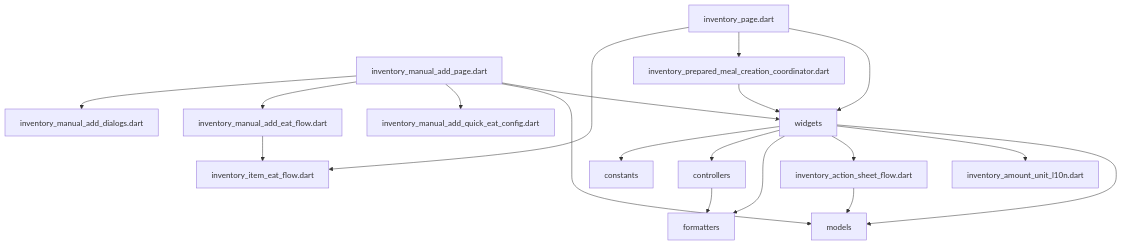
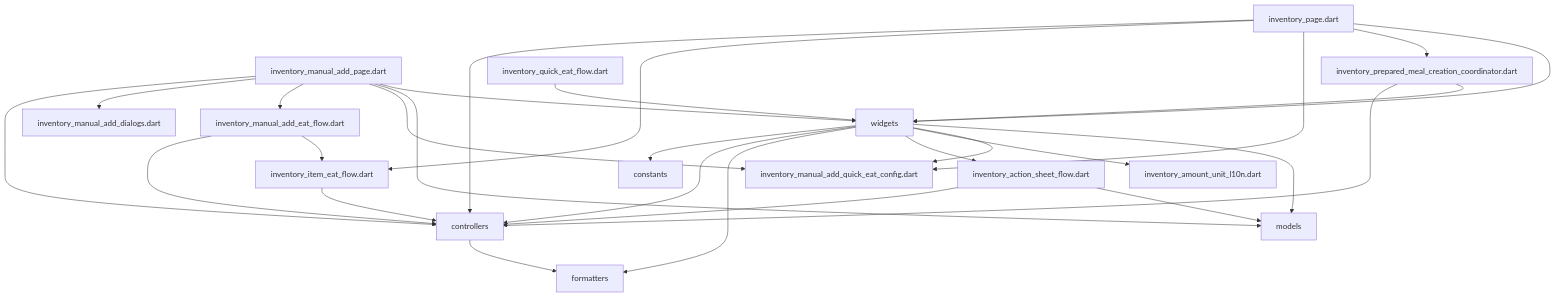
Before and after one commit to repinw/yamt: the diagram in lib/features/inventory/presentation/DEPS.md, drawn with Mermaid. The commit also changed 275 other files, not shown here.

Commit message:
ref(inventory): architecture fixed

````diff
--- a/lib/features/inventory/presentation/DEPS.md
+++ b/lib/features/inventory/presentation/DEPS.md
@@ -6,21 +6,30 @@
 ```mermaid
 flowchart TD;
 controllers-->formatters;
+inventory_action_sheet_flow.dart-->controllers;
 inventory_action_sheet_flow.dart-->models;
+inventory_item_eat_flow.dart-->controllers;
+inventory_manual_add_eat_flow.dart-->controllers;
 inventory_manual_add_eat_flow.dart-->inventory_item_eat_flow.dart;
+inventory_manual_add_page.dart-->controllers;
 inventory_manual_add_page.dart-->inventory_manual_add_dialogs.dart;
 inventory_manual_add_page.dart-->inventory_manual_add_eat_flow.dart;
 inventory_manual_add_page.dart-->inventory_manual_add_quick_eat_config.dart;
 inventory_manual_add_page.dart-->models;
 inventory_manual_add_page.dart-->widgets;
+inventory_page.dart-->controllers;
 inventory_page.dart-->inventory_item_eat_flow.dart;
+inventory_page.dart-->inventory_manual_add_quick_eat_config.dart;
 inventory_page.dart-->inventory_prepared_meal_creation_coordinator.dart;
 inventory_page.dart-->widgets;
+inventory_prepared_meal_creation_coordinator.dart-->controllers;
 inventory_prepared_meal_creation_coordinator.dart-->widgets;
+inventory_quick_eat_flow.dart-->widgets;
 widgets-->constants;
 widgets-->controllers;
 widgets-->formatters;
 widgets-->inventory_action_sheet_flow.dart;
 widgets-->inventory_amount_unit_l10n.dart;
+widgets-->inventory_manual_add_quick_eat_config.dart;
 widgets-->models;
 ```
````
